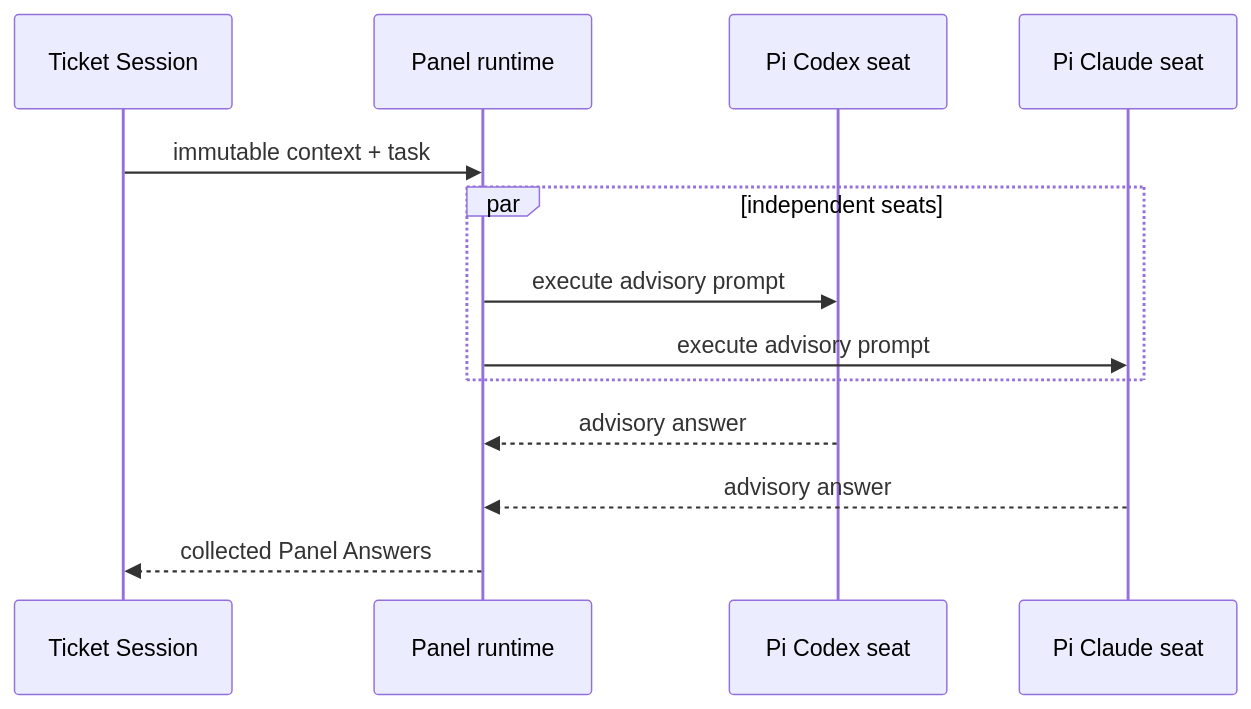
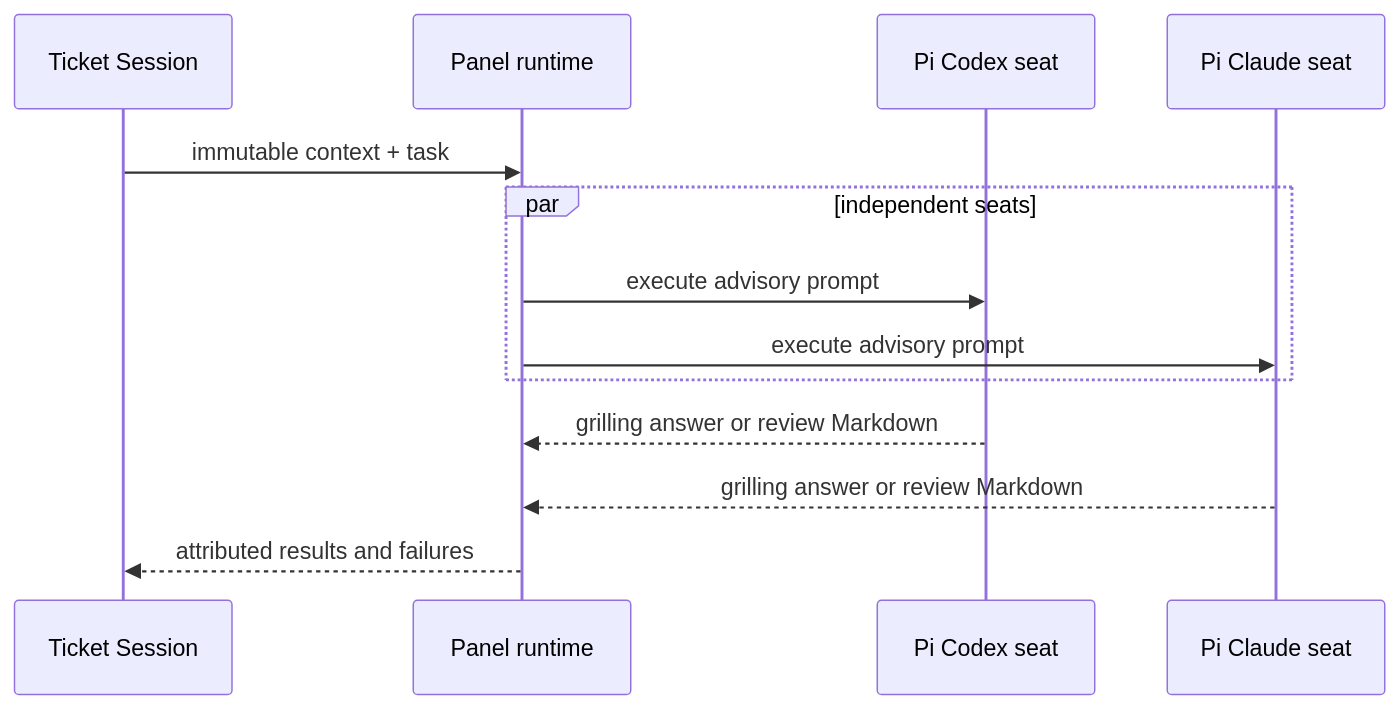
One commit to stanley50z/sz-pi-auto-mode changed the diagram in openwiki/architecture/panels.md. Above: the diagram before and after it, drawn with Mermaid. The commit also changed other lines of this file and 20 other files, not shown here.

````diff
--- a/openwiki/architecture/panels.md
+++ b/openwiki/architecture/panels.md
@@ -20,15 +20,15 @@
 ```mermaid
 sequenceDiagram
   participant S as Ticket Session
   participant R as Panel runtime
   participant A as Pi Codex seat
   participant B as Pi Claude seat
   S->>R: immutable context + task
   par independent seats
     R->>A: execute advisory prompt
     R->>B: execute advisory prompt
   end
-  A-->>R: advisory answer
-  B-->>R: advisory answer
-  R-->>S: collected Panel Answers
+  A-->>R: grilling answer or review Markdown
+  B-->>R: grilling answer or review Markdown
+  R-->>S: attributed results and failures
 ```
````
